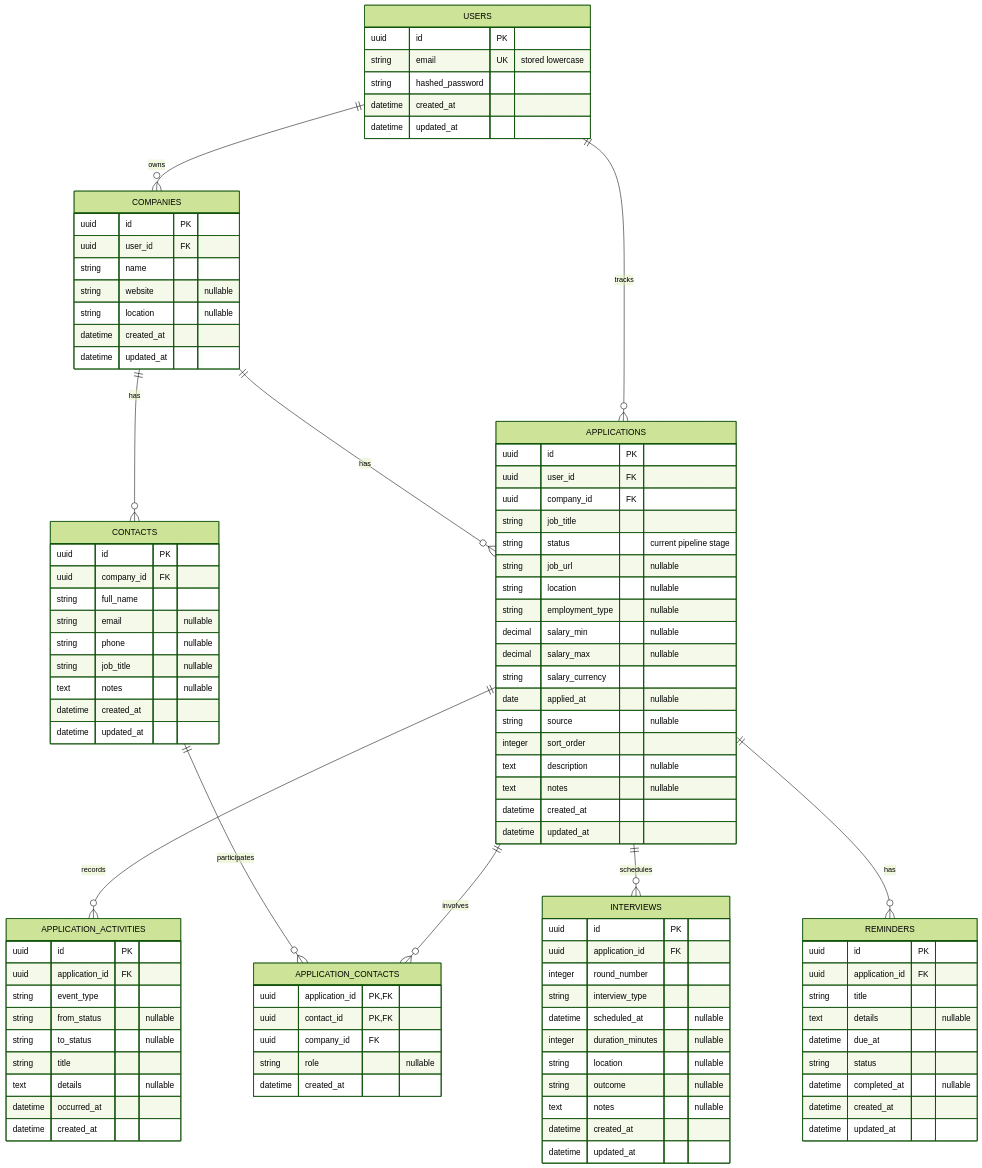
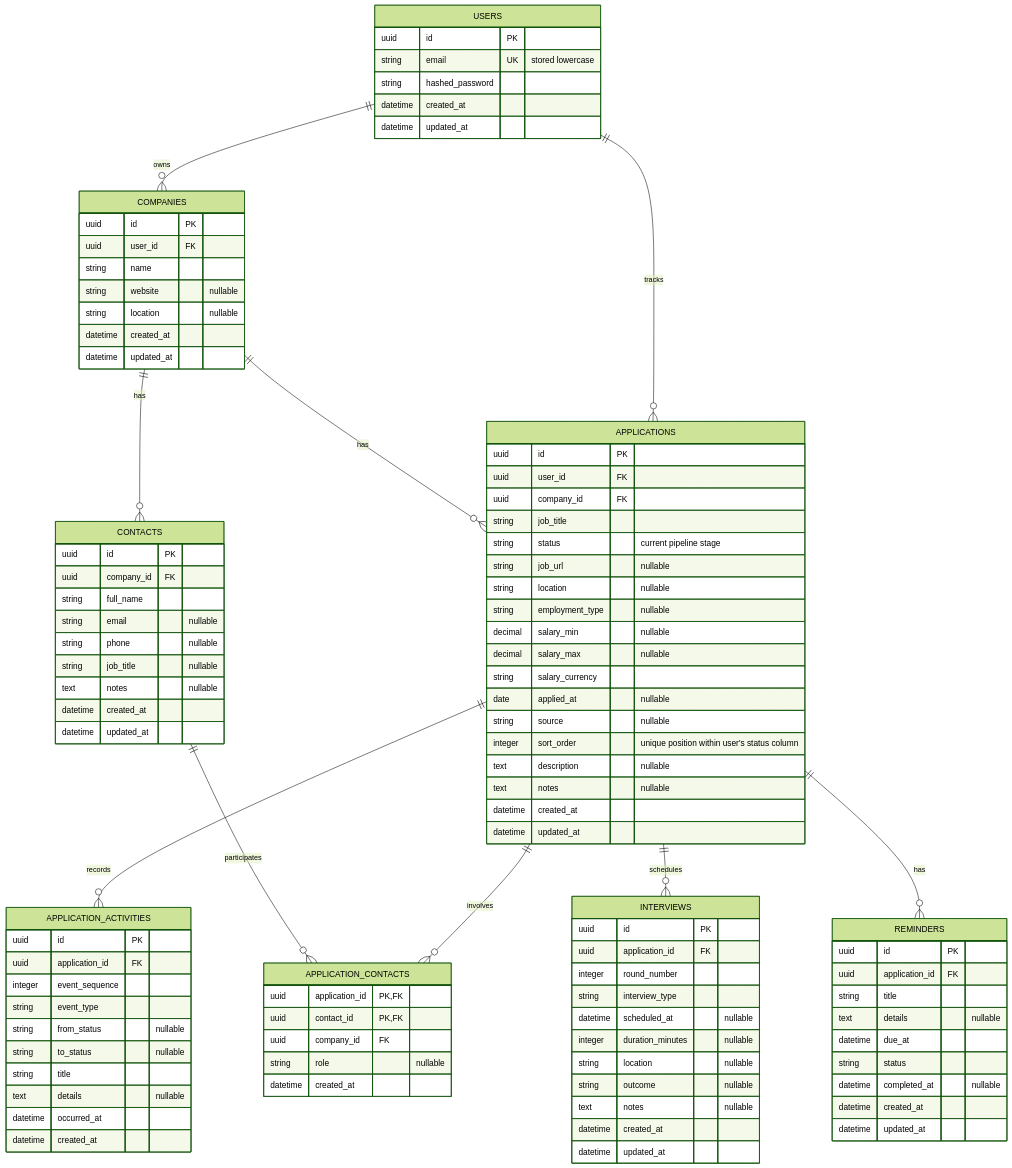
The diagram in docs/data-model.md (AndreiApanel/Job_Tracker), drawn with Mermaid (forest theme) before and after one commit. The commit also changed other lines of this file, not shown here.

Commit message:
docs: add case-insensitive uniqueness and status constraint decisions

```diff
--- a/docs/data-model.md
+++ b/docs/data-model.md
@@ -48,7 +48,7 @@
         string salary_currency
         date applied_at "nullable"
         string source "nullable"
-        integer sort_order
+        integer sort_order "unique position within user's status column"
         text description "nullable"
         text notes "nullable"
         datetime created_at
@@ -57,6 +57,7 @@
     APPLICATION_ACTIVITIES {
         uuid id PK
         uuid application_id FK
+        integer event_sequence
         string event_type
         string from_status "nullable"
         string to_status "nullable"
```
